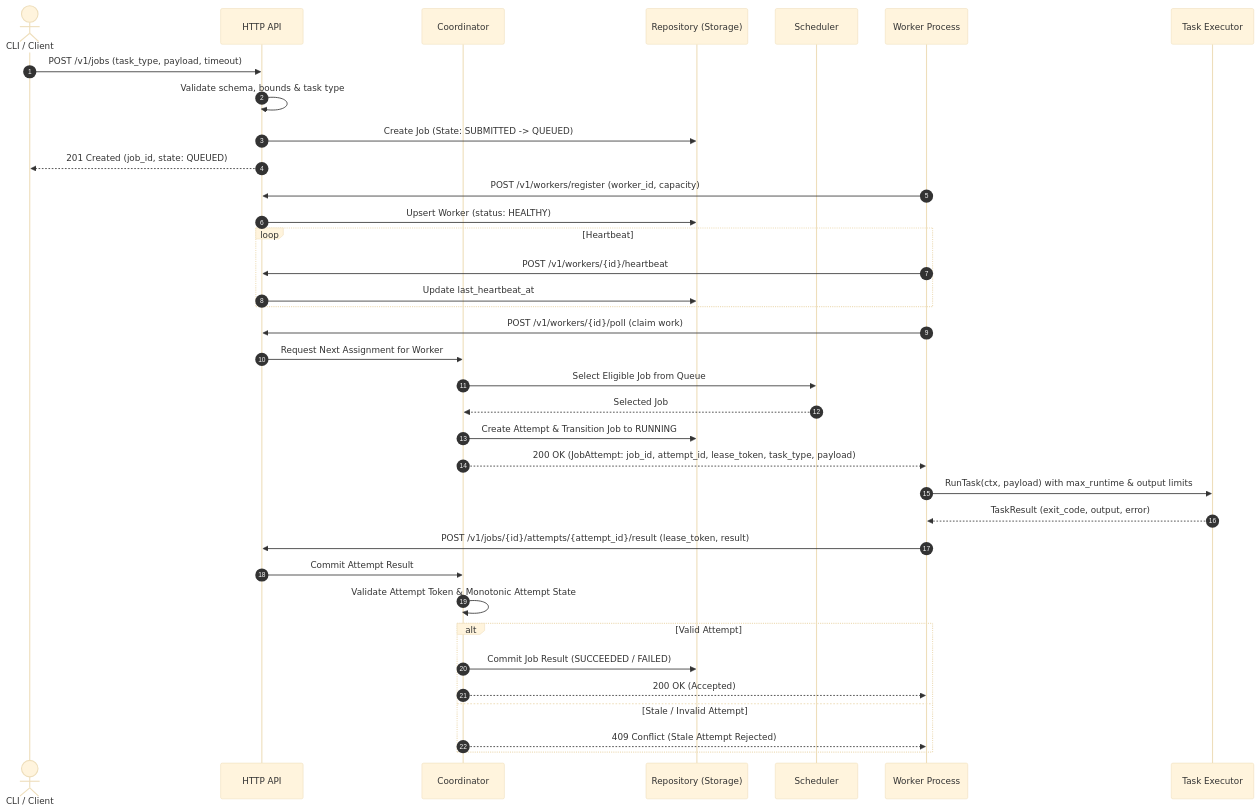
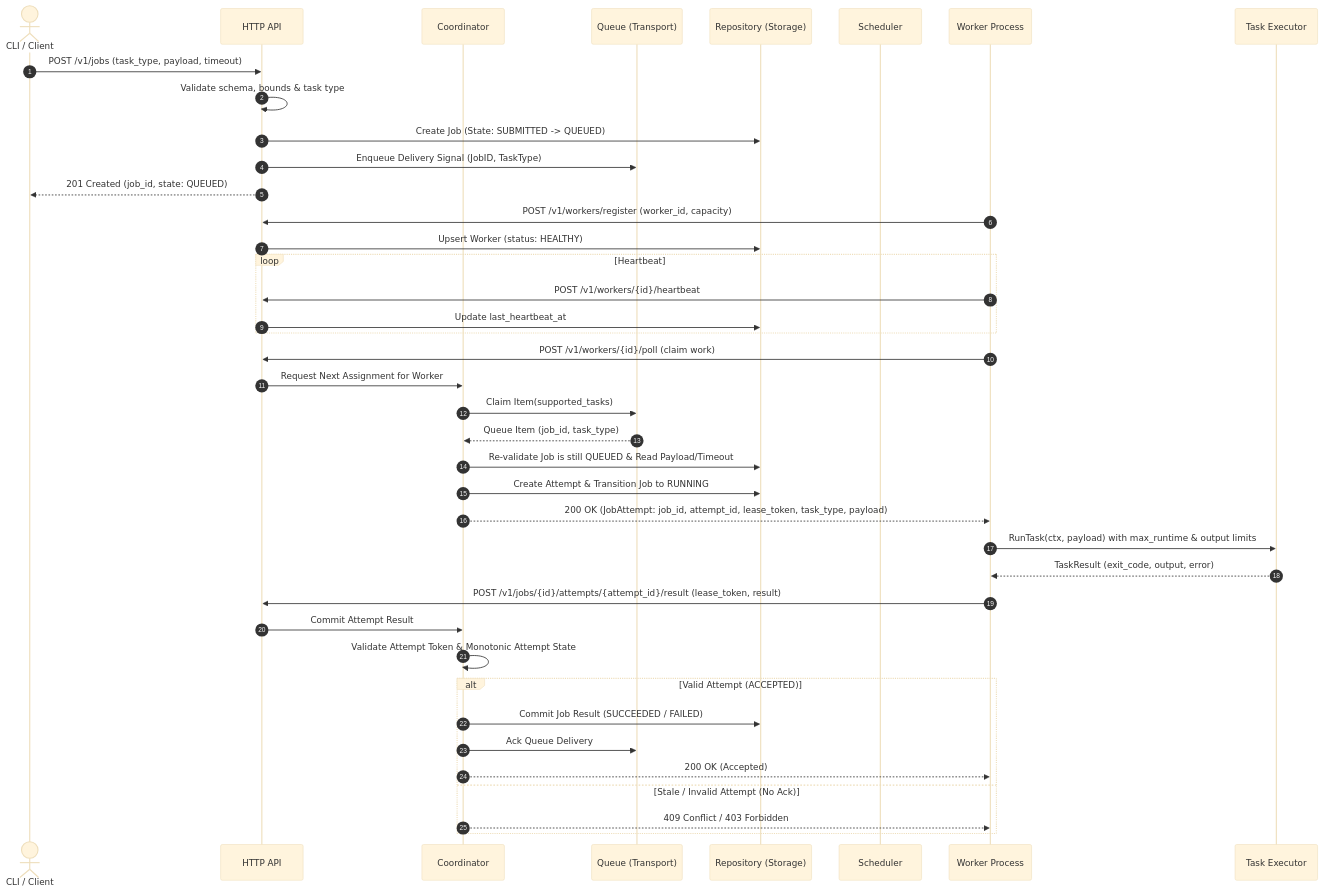
Before and after one commit to BlaZe08-Dev/MiniCloud: the diagram in docs/architecture.md, drawn with Mermaid (base theme). The commit also changed other lines of this file and 17 other files, not shown here.

Commit message:
feat: implement dispatch-transport queue interface and delivery semantics

````diff
--- a/docs/architecture.md
+++ b/docs/architecture.md
@@ -66,44 +68,48 @@
 ```mermaid
 sequenceDiagram
     autonumber
     actor Client as CLI / Client
     participant API as HTTP API
     participant Coord as Coordinator
+    participant Queue as Queue (Transport)
     participant Store as Repository (Storage)
     participant Sched as Scheduler
     participant Worker as Worker Process
     participant Exec as Task Executor
 
     Client->>API: POST /v1/jobs (task_type, payload, timeout)
     API->>API: Validate schema, bounds & task type
     API->>Store: Create Job (State: SUBMITTED -> QUEUED)
+    API->>Queue: Enqueue Delivery Signal (JobID, TaskType)
     API-->>Client: 201 Created (job_id, state: QUEUED)
 
     Worker->>API: POST /v1/workers/register (worker_id, capacity)
     API->>Store: Upsert Worker (status: HEALTHY)
     
     loop Heartbeat
         Worker->>API: POST /v1/workers/{id}/heartbeat
         API->>Store: Update last_heartbeat_at
     end
 
     Worker->>API: POST /v1/workers/{id}/poll (claim work)
     API->>Coord: Request Next Assignment for Worker
-    Coord->>Sched: Select Eligible Job from Queue
-    Sched-->>Coord: Selected Job
+    Coord->>Queue: Claim Item(supported_tasks)
+    Queue-->>Coord: Queue Item (job_id, task_type)
+    Coord->>Store: Re-validate Job is still QUEUED & Read Payload/Timeout
     Coord->>Store: Create Attempt & Transition Job to RUNNING
     Coord-->>Worker: 200 OK (JobAttempt: job_id, attempt_id, lease_token, task_type, payload)
 
     Worker->>Exec: RunTask(ctx, payload) with max_runtime & output limits
     Exec-->>Worker: TaskResult (exit_code, output, error)
 
     Worker->>API: POST /v1/jobs/{id}/attempts/{attempt_id}/result (lease_token, result)
     API->>Coord: Commit Attempt Result
     Coord->>Coord: Validate Attempt Token & Monotonic Attempt State
-    alt Valid Attempt
+    alt Valid Attempt (ACCEPTED)
         Coord->>Store: Commit Job Result (SUCCEEDED / FAILED)
+        Coord->>Queue: Ack Queue Delivery
         Coord-->>Worker: 200 OK (Accepted)
-    else Stale / Invalid Attempt
-        Coord-->>Worker: 409 Conflict (Stale Attempt Rejected)
+    else Stale / Invalid Attempt (No Ack)
+        Coord-->>Worker: 409 Conflict / 403 Forbidden
     end
 ```
````
